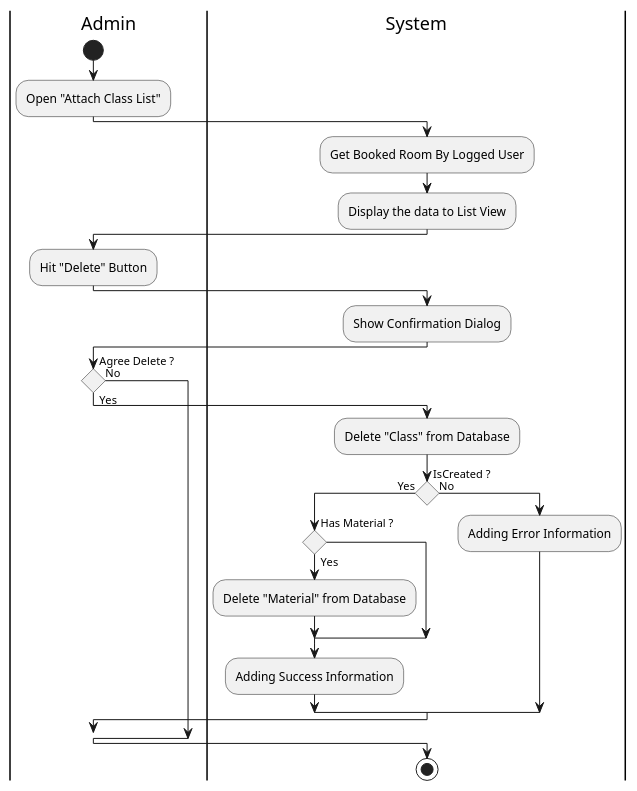
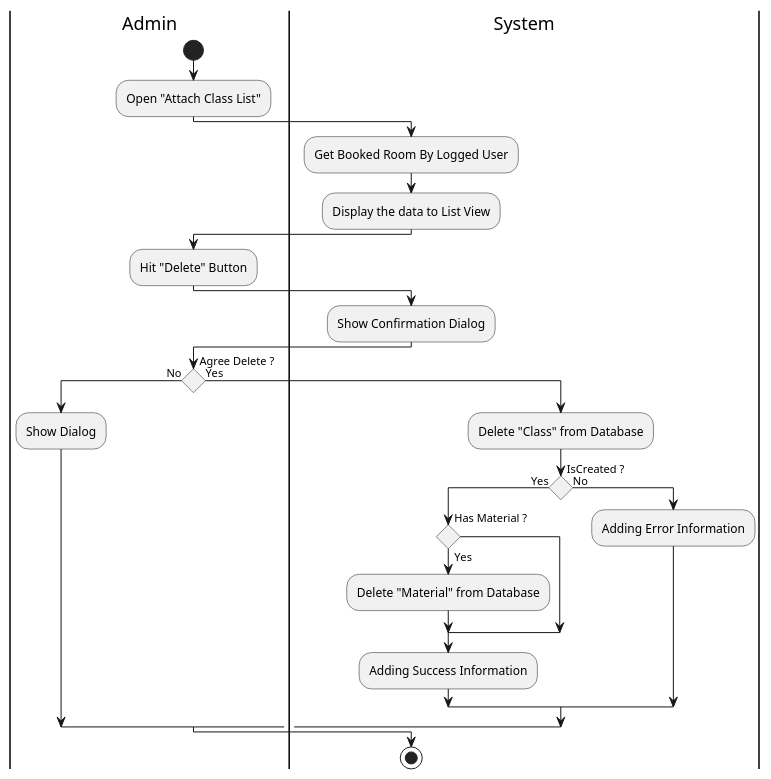
The diagram in Activity/Release01/UnbookingClass.wsd (fwidjaya20/fazzlearning-uml), drawn with PlantUML before and after one commit. The commit also changed 18 other files, not shown here.

```diff
--- a/Activity/Release01/UnbookingClass.wsd
+++ b/Activity/Release01/UnbookingClass.wsd
@@ -1,38 +1,39 @@
 @startuml UnbookingClass
 
 skinparam ConditionEndStyle hline
 skinparam conditionStyle diamond
 skinparam Monochrome true
 skinparam Shadowing false
 
 |Admin|
 start
 :Open "Attach Class List";
 
 |System|
 :Get Booked Room By Logged User;
 :Display the data to List View;
 
 |Admin|
 :Hit "Delete" Button;
 
 |System|
 :Show Confirmation Dialog;
 
 |Admin|
 if (Agree Delete ?) then (No)
+    :Show Dialog;
 else (Yes)
     |System|
     :Delete "Class" from Database;
     if (IsCreated ?) then (Yes)
         if (Has Material ?) then (Yes)
             :Delete "Material" from Database;
         endif
         :Adding Success Information;
     else (No)
         :Adding Error Information;
     endif
 endif
 stop
 
 @enduml
```
